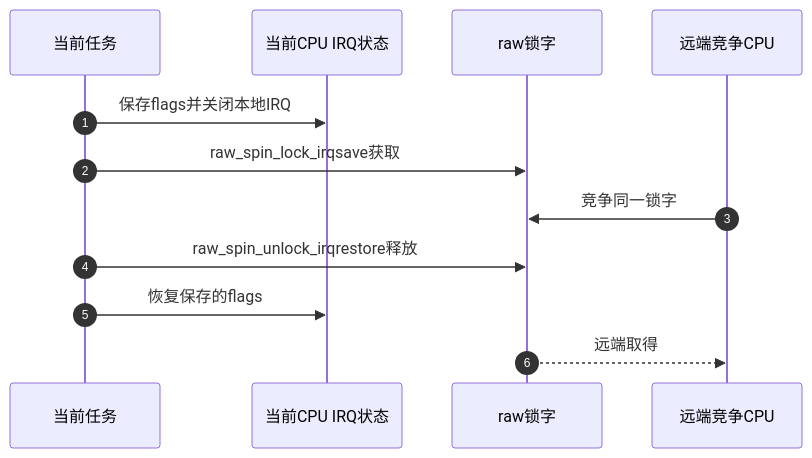
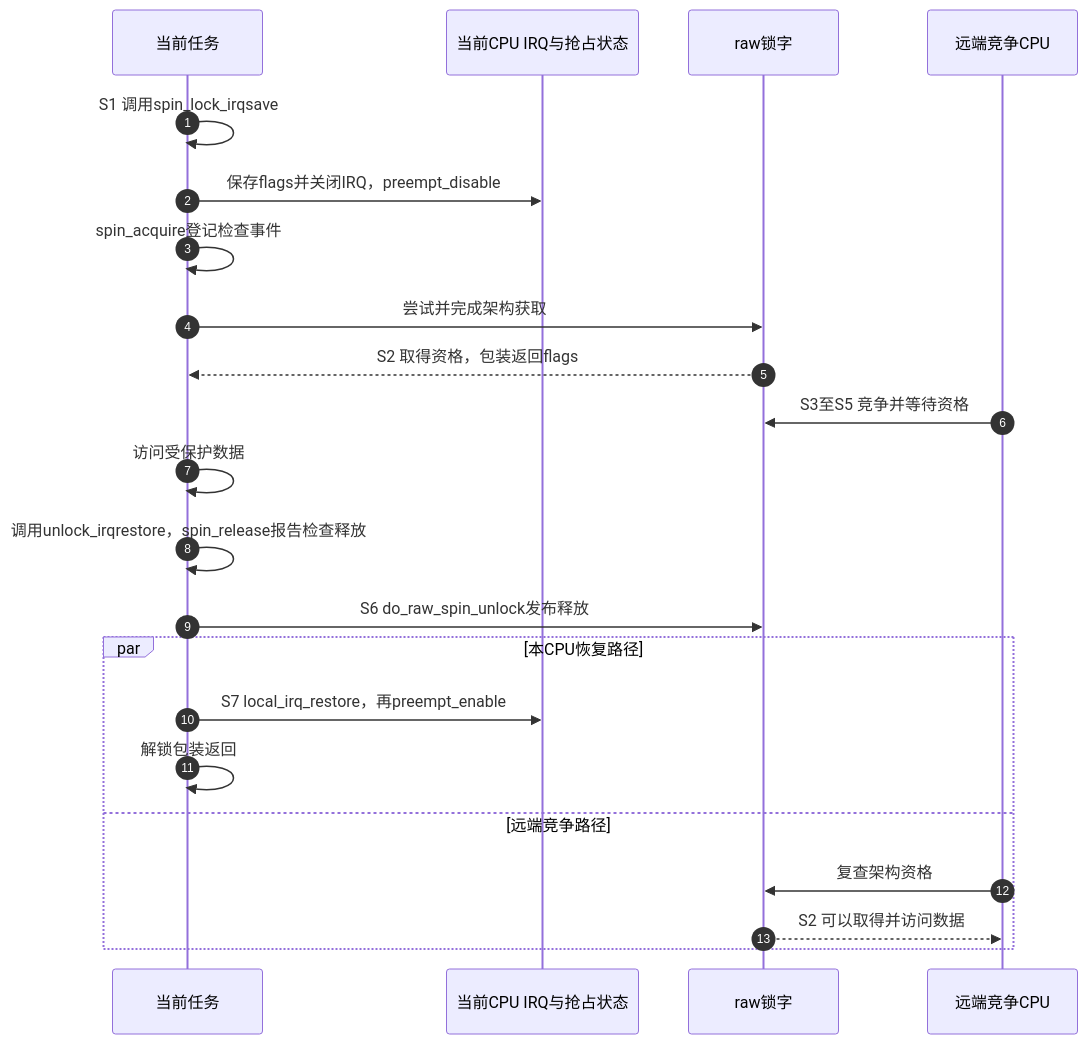
One commit to FormingSystem/linux_note changed the second of 2 diagrams in research/source_reading/locking/navigation/P02_Linux_6.12_spinlock模块源码概念导读.md. Above: the diagram before and after it, drawn with Mermaid. The commit also changed other lines of this file and 1 other file, not shown here.

Commit message:
content(locking/navigation): 修正锁交付时序与配置边界
- 分开共享资格、本地恢复、等待记录和调度机会，修正远端取得与取消授予图示

- 核对固定源码分支并通过五图目视、连续性及全仓链接检查，保留未做目标运行的边界

````diff
--- a/research/source_reading/locking/navigation/P02_Linux_6.12_spinlock模块源码概念导读.md
+++ b/research/source_reading/locking/navigation/P02_Linux_6.12_spinlock模块源码概念导读.md
@@ -67,15 +73,25 @@
 ```mermaid
 sequenceDiagram
     autonumber
     participant T as 当前任务
-    participant C as 当前CPU IRQ状态
+    participant C as 当前CPU IRQ与抢占状态
     participant L as raw锁字
     participant R as 远端竞争CPU
 
-    T->>C: 保存flags并关闭本地IRQ
-    T->>L: raw_spin_lock_irqsave获取
-    R->>L: 竞争同一锁字
-    T->>L: raw_spin_unlock_irqrestore释放
-    T->>C: 恢复保存的flags
-    L-->>R: 远端取得
+    T->>T: S1 调用spin_lock_irqsave
+    T->>C: 保存flags并关闭IRQ，preempt_disable
+    T->>T: spin_acquire登记检查事件
+    T->>L: 尝试并完成架构获取
+    L-->>T: S2 取得资格，包装返回flags
+    R->>L: S3至S5 竞争并等待资格
+    T->>T: 访问受保护数据
+    T->>T: 调用unlock_irqrestore，spin_release报告检查释放
+    T->>L: S6 do_raw_spin_unlock发布释放
+    par 本CPU恢复路径
+        T->>C: S7 local_irq_restore，再preempt_enable
+        T->>T: 解锁包装返回
+    and 远端竞争路径
+        R->>L: 复查架构资格
+        L-->>R: S2 可以取得并访问数据
+    end
 ```
````
